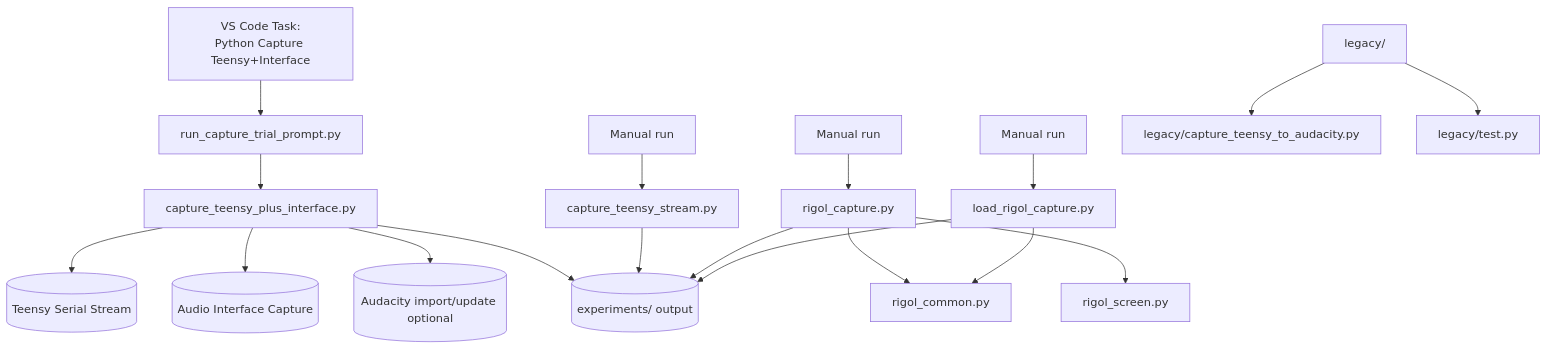
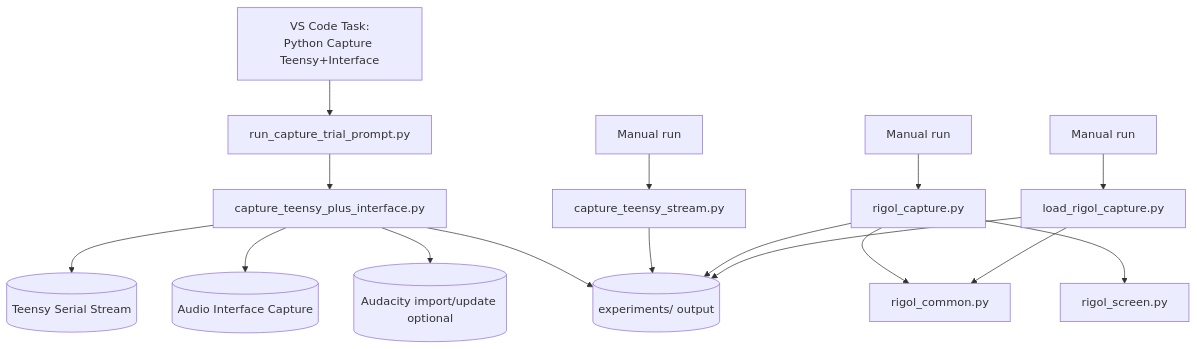
Before and after one commit to aschmidt99/LTDM_Kit_RevC: the diagram in Code/Python/PYTHONS_README.md, drawn with Mermaid. The commit also changed other lines of this file and 3 other files, not shown here.

````diff
--- a/Code/Python/PYTHONS_README.md
+++ b/Code/Python/PYTHONS_README.md
@@ -24,24 +21,21 @@
 ```mermaid
 flowchart TD
   T[VS Code Task:\nPython Capture Teensy+Interface] --> P[run_capture_trial_prompt.py]
   P --> CPI[capture_teensy_plus_interface.py]
   CPI --> TS[(Teensy Serial Stream)]
   CPI --> IF[(Audio Interface Capture)]
   CPI --> AU[(Audacity import/update optional)]
   CPI --> EXP[(experiments/ output)]
 
   U1[Manual run] --> CTS[capture_teensy_stream.py]
   CTS --> EXP
 
   U2[Manual run] --> RIG[rigol_capture.py]
   RIG --> RC[rigol_common.py]
   RIG --> RS[rigol_screen.py]
   RIG --> EXP
 
   U3[Manual run] --> LRC[load_rigol_capture.py]
   LRC --> RC
   LRC --> EXP
-
-  LEG[legacy/] --> LTA[legacy/capture_teensy_to_audacity.py]
-  LEG --> TST[legacy/test.py]
 ```
````
